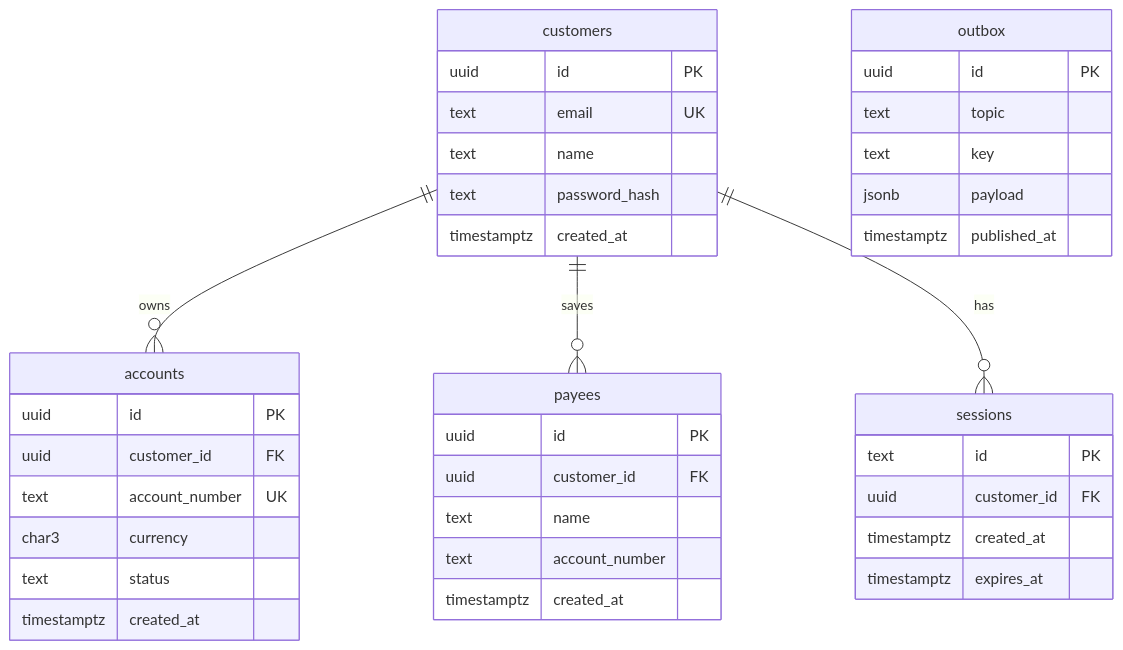
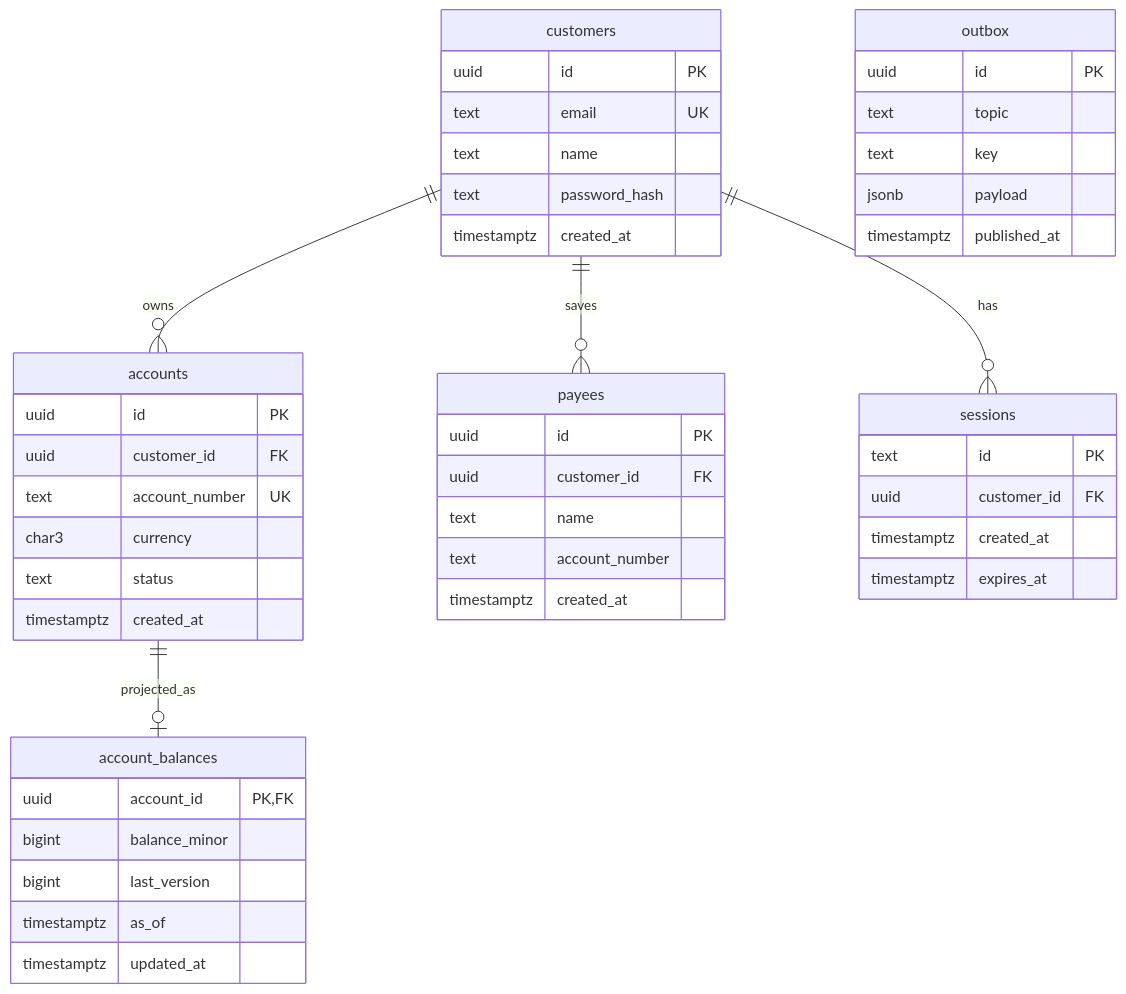
The diagram in specs/accounts/002-schema.md (GodwinJacobR/mock-bank), drawn with Mermaid before and after one commit. The commit also changed other lines of this file and 18 other files, not shown here.

Commit message:
Spec and document accounts balance projection fed by ledger events

````diff
--- a/specs/accounts/002-schema.md
+++ b/specs/accounts/002-schema.md
@@ -22,41 +22,49 @@
 ```mermaid
 erDiagram
   customers ||--o{ accounts : owns
   customers ||--o{ payees : saves
   customers ||--o{ sessions : has
+  accounts ||--o| account_balances : projected_as
   customers {
     uuid id PK
     text email UK
     text name
     text password_hash
     timestamptz created_at
   }
   accounts {
     uuid id PK
     uuid customer_id FK
     text account_number UK
     char3 currency
     text status
     timestamptz created_at
   }
   payees {
     uuid id PK
     uuid customer_id FK
     text name
     text account_number
     timestamptz created_at
   }
   sessions {
     text id PK
     uuid customer_id FK
     timestamptz created_at
     timestamptz expires_at
   }
+  account_balances {
+    uuid account_id PK,FK
+    bigint balance_minor
+    bigint last_version
+    timestamptz as_of
+    timestamptz updated_at
+  }
   outbox {
     uuid id PK
     text topic
     text key
     jsonb payload
     timestamptz published_at
   }
 ```
````
